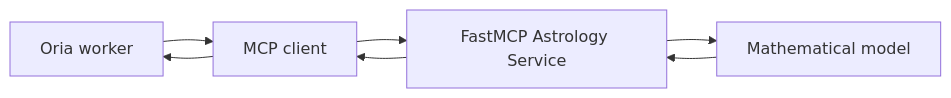
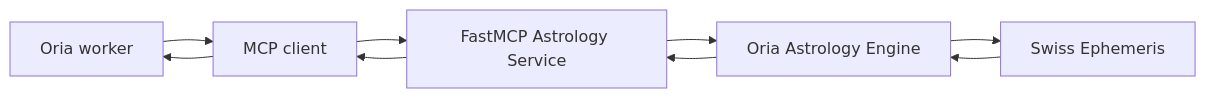
One commit to bdobrica/OriaEngine changed the fourth of 7 diagrams in PLAN.md. Above: the diagram before and after it, drawn with Mermaid. The commit also changed other lines of this file and 1 other file, not shown here.

Commit message:
docs: clarify astrology calculation engine scope

````diff
--- a/PLAN.md
+++ b/PLAN.md
@@ -554,9 +582,11 @@
 ```mermaid
 flowchart LR
     W[Oria worker] --> C[MCP client]
     C --> S[FastMCP Astrology Service]
-    S --> M[Mathematical model]
-    M --> S
+    S --> E[Oria Astrology Engine]
+    E --> SE[Swiss Ephemeris]
+    SE --> E
+    E --> S
     S --> C
     C --> W
 ```
````
